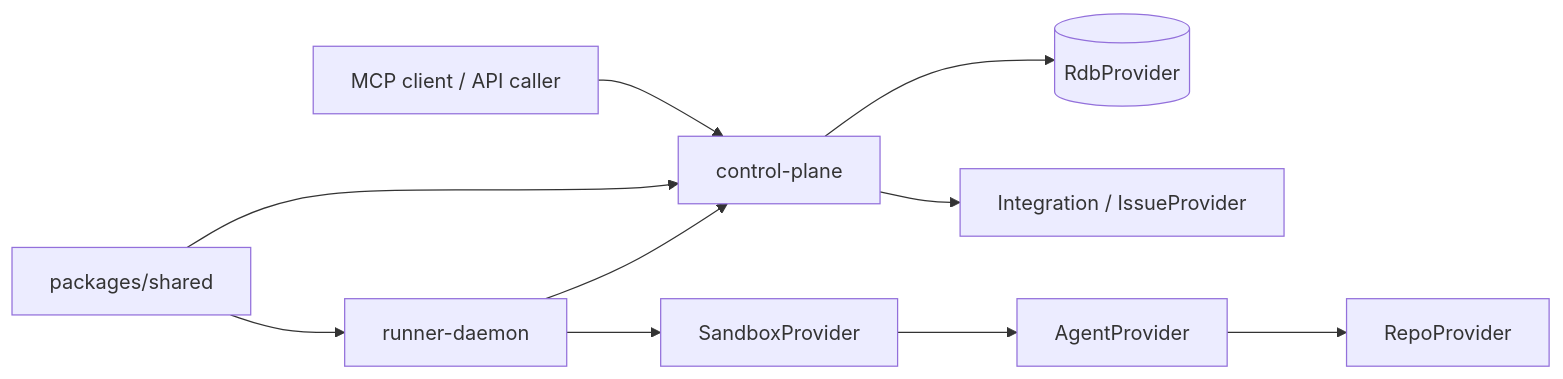
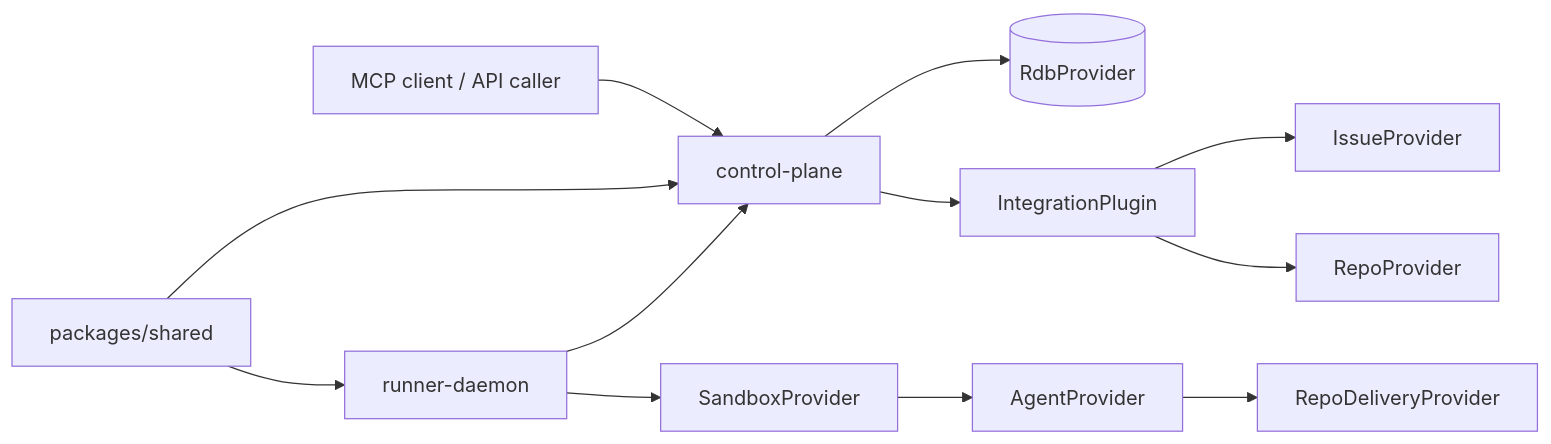
Before and after one commit to Arcadia822/mystra: the diagram in README.md, drawn with Mermaid. The commit also changed other lines of this file and 80 other files, not shown here.

````diff
--- a/README.md
+++ b/README.md
@@ -66,12 +67,14 @@
 ```mermaid
 flowchart LR
     Caller[MCP client / API caller] --> CP[control-plane]
     CP --> DB[(RdbProvider)]
-    CP --> Issue[Integration / IssueProvider]
+    CP --> Integration[IntegrationPlugin]
+    Integration --> Issue[IssueProvider]
+    Integration --> Repository[RepoProvider]
     Runner[runner-daemon] --> CP
     Runner --> Sandbox[SandboxProvider]
     Sandbox --> Agent[AgentProvider]
-    Agent --> Repo[RepoProvider]
+    Agent --> Repo[RepoDeliveryProvider]
     Shared[packages/shared] --> CP
     Shared --> Runner
 ```
````
